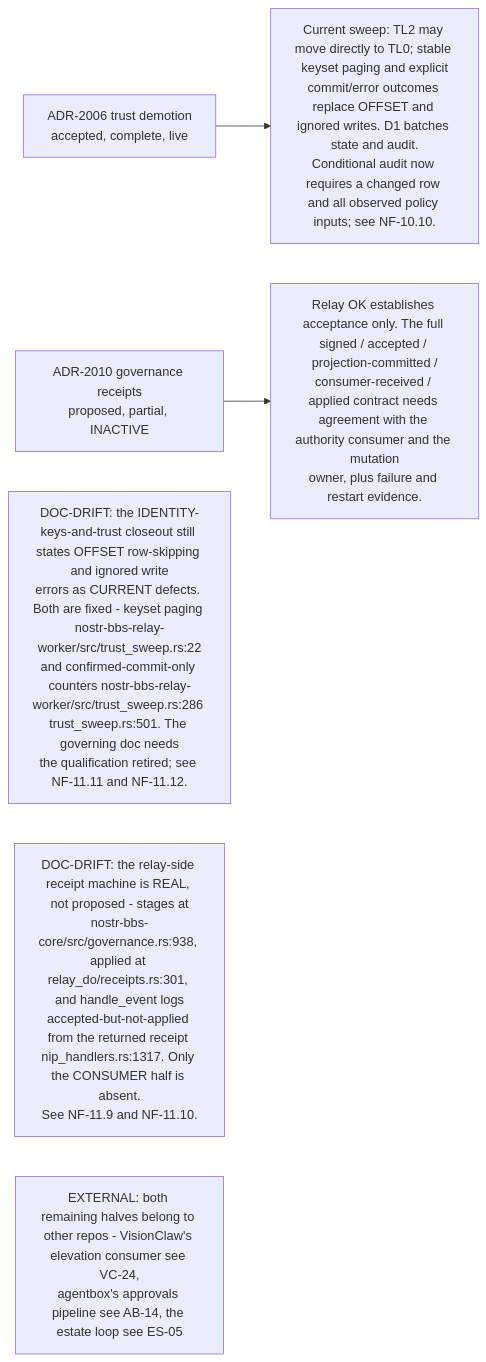
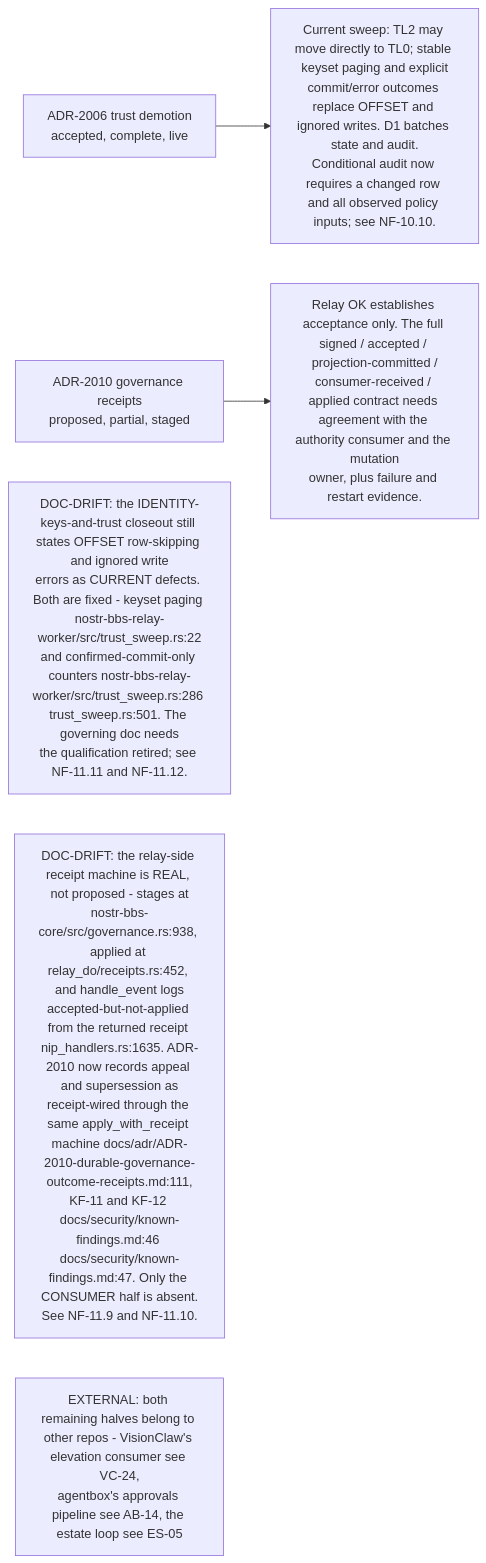
Before and after one commit to DreamLab-AI/VisionFlow: the seventh of 10 diagrams in docs/diagrams/nostr-rust-forum/10-invariants-and-anomaly-register.md, drawn with Mermaid. The commit also changed other lines of this file and 160 other files, not shown here.

````diff
--- a/docs/diagrams/nostr-rust-forum/10-invariants-and-anomaly-register.md
+++ b/docs/diagrams/nostr-rust-forum/10-invariants-and-anomaly-register.md
@@ -152,14 +157,14 @@
 ```mermaid
 flowchart LR
     A2006["ADR-2006 trust demotion<br/>accepted, complete, live"]
     Q2006["Current sweep: TL2 may move directly to TL0; stable keyset paging and explicit<br/>commit/error outcomes replace OFFSET and ignored writes. D1 batches state and audit.<br/>Conditional audit now requires a changed row and all observed policy inputs; see NF-10.10."]
-    A2010["ADR-2010 governance receipts<br/>proposed, partial, INACTIVE"]
+    A2010["ADR-2010 governance receipts<br/>proposed, partial, staged"]
     Q2010["Relay OK establishes acceptance only. The full signed / accepted / projection-committed /<br/>consumer-received / applied contract needs agreement with the authority consumer and the mutation<br/>owner, plus failure and restart evidence."]
 
     A2006 --> Q2006
     A2010 --> Q2010
 
     N1["DOC-DRIFT: the IDENTITY-keys-and-trust closeout still states OFFSET row-skipping and ignored write<br/>errors as CURRENT defects. Both are fixed - keyset paging nostr-bbs-relay-worker/src/trust_sweep.rs:22<br/>and confirmed-commit-only counters nostr-bbs-relay-worker/src/trust_sweep.rs:286 trust_sweep.rs:501. The governing doc needs<br/>the qualification retired; see NF-11.11 and NF-11.12."]
-    N2["DOC-DRIFT: the relay-side receipt machine is REAL, not proposed - stages at<br/>nostr-bbs-core/src/governance.rs:938, applied at relay_do/receipts.rs:301, and handle_event logs<br/>accepted-but-not-applied from the returned receipt nip_handlers.rs:1317. Only the CONSUMER half is absent.<br/>See NF-11.9 and NF-11.10."]
+    N2["DOC-DRIFT: the relay-side receipt machine is REAL, not proposed - stages at<br/>nostr-bbs-core/src/governance.rs:938, applied at relay_do/receipts.rs:452, and handle_event logs<br/>accepted-but-not-applied from the returned receipt nip_handlers.rs:1635. ADR-2010 now records appeal and supersession as<br/>receipt-wired through the same apply_with_receipt machine docs/adr/ADR-2010-durable-governance-outcome-receipts.md:111,<br/>KF-11 and KF-12 docs/security/known-findings.md:46 docs/security/known-findings.md:47. Only the CONSUMER half is absent.<br/>See NF-11.9 and NF-11.10."]
     N3["EXTERNAL: both remaining halves belong to other repos - VisionClaw's elevation consumer see VC-24,<br/>agentbox's approvals pipeline see AB-14, the estate loop see ES-05"]
 ```
````
